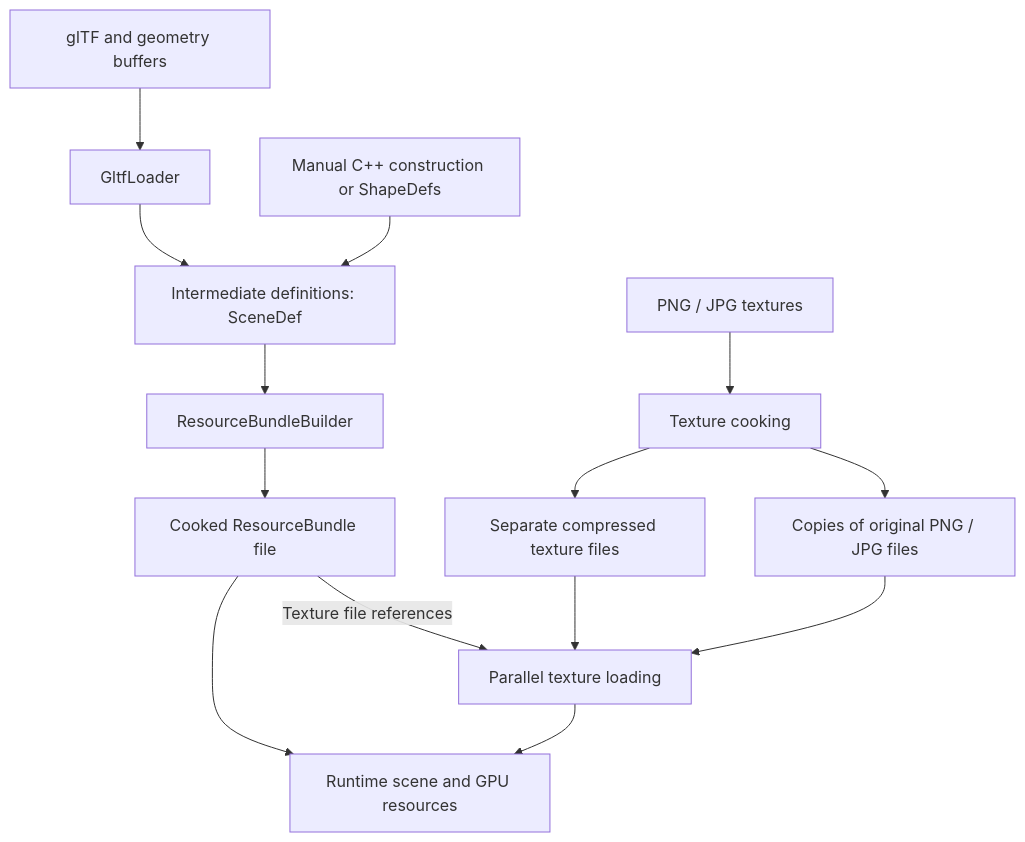
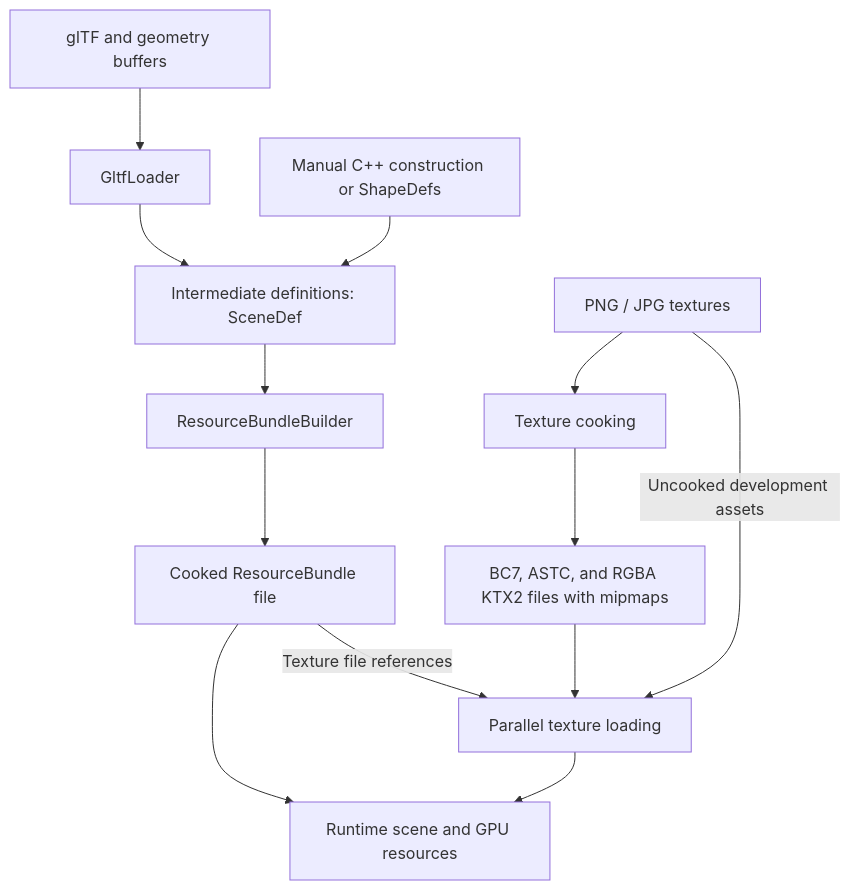
Before and after one commit to ProtoLoop/mlglib: the diagram in docs/architecture/asset-flow.md, drawn with Mermaid. The commit also changed other lines of this file and 17 other files, not shown here.

Commit message:
Removed zstd and added support for rgba.ktx2

````diff
--- a/docs/architecture/asset-flow.md
+++ b/docs/architecture/asset-flow.md
@@ -10,16 +10,15 @@
 ```mermaid
 flowchart TD
     A[glTF and geometry buffers] --> B[GltfLoader]
     B --> C[Intermediate definitions: SceneDef]
     D[Manual C++ construction or ShapeDefs] --> C
     C --> E[ResourceBundleBuilder]
     E --> F[Cooked ResourceBundle file]
     F --> G[Runtime scene and GPU resources]
     H[PNG / JPG textures] --> I[Texture cooking]
-    I --> J[Separate compressed texture files]
-    I --> L[Copies of original PNG / JPG files]
+    I --> J[BC7, ASTC, and RGBA KTX2 files with mipmaps]
     F -->|Texture file references| K[Parallel texture loading]
     J --> K
-    L --> K
+    H -->|Uncooked development assets| K
     K --> G
 ```
````
